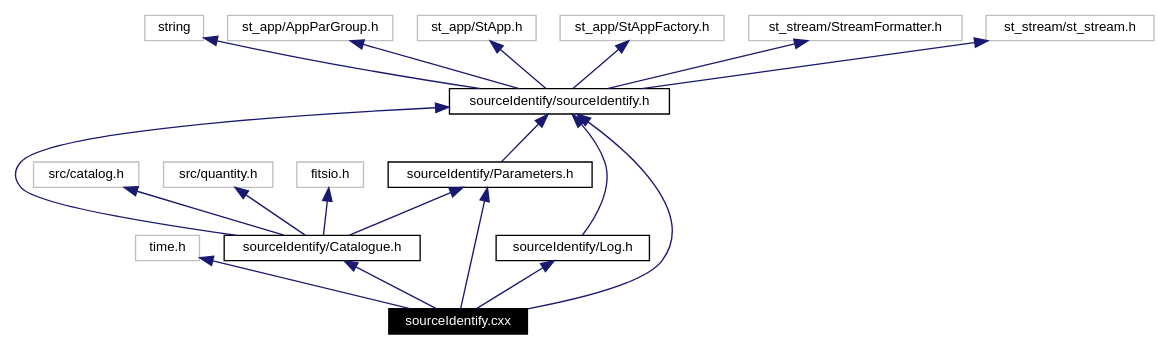
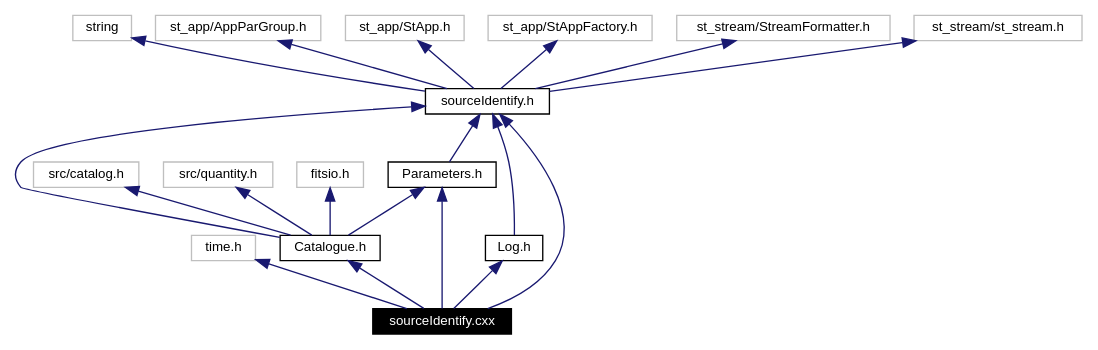
One commit to fermi-lat/sourceIdentify changed the diagram in doc/doxy-html/source_identify_8cxx__incl.dot. Above: the diagram before and after it, drawn with Graphviz. The commit also changed 51 other files, not shown here.

```diff
--- a/doc/doxy-html/source_identify_8cxx__incl.dot
+++ b/doc/doxy-html/source_identify_8cxx__incl.dot
@@ -1,36 +1,36 @@
 digraph inheritance
 {
-  Node84 [shape="box",label="sourceIdentify.cxx",fontsize=10,height=0.2,width=0.4,fontname="Helvetica",color="black",style="filled" fontcolor="white"];
-  Node85 -> Node84 [dir=back,color="midnightblue",fontsize=10,style="solid",fontname="Helvetica"];
-  Node85 [shape="box",label="time.h",fontsize=10,height=0.2,width=0.4,fontname="Helvetica",color="grey75"];
-  Node86 -> Node84 [dir=back,color="midnightblue",fontsize=10,style="solid",fontname="Helvetica"];
-  Node86 [shape="box",label="sourceIdentify/sourceIdentify.h",fontsize=10,height=0.2,width=0.4,fontname="Helvetica",color="black",URL="$source_identify_8h.html"];
+  Node86 [shape="box",label="sourceIdentify.cxx",fontsize=10,height=0.2,width=0.4,fontname="Helvetica",color="black",style="filled" fontcolor="white"];
   Node87 -> Node86 [dir=back,color="midnightblue",fontsize=10,style="solid",fontname="Helvetica"];
-  Node87 [shape="box",label="string",fontsize=10,height=0.2,width=0.4,fontname="Helvetica",color="grey75"];
+  Node87 [shape="box",label="time.h",fontsize=10,height=0.2,width=0.4,fontname="Helvetica",color="grey75"];
   Node88 -> Node86 [dir=back,color="midnightblue",fontsize=10,style="solid",fontname="Helvetica"];
-  Node88 [shape="box",label="st_app/AppParGroup.h",fontsize=10,height=0.2,width=0.4,fontname="Helvetica",color="grey75"];
-  Node89 -> Node86 [dir=back,color="midnightblue",fontsize=10,style="solid",fontname="Helvetica"];
-  Node89 [shape="box",label="st_app/StApp.h",fontsize=10,height=0.2,width=0.4,fontname="Helvetica",color="grey75"];
-  Node90 -> Node86 [dir=back,color="midnightblue",fontsize=10,style="solid",fontname="Helvetica"];
-  Node90 [shape="box",label="st_app/StAppFactory.h",fontsize=10,height=0.2,width=0.4,fontname="Helvetica",color="grey75"];
-  Node91 -> Node86 [dir=back,color="midnightblue",fontsize=10,style="solid",fontname="Helvetica"];
-  Node91 [shape="box",label="st_stream/StreamFormatter.h",fontsize=10,height=0.2,width=0.4,fontname="Helvetica",color="grey75"];
-  Node92 -> Node86 [dir=back,color="midnightblue",fontsize=10,style="solid",fontname="Helvetica"];
-  Node92 [shape="box",label="st_stream/st_stream.h",fontsize=10,height=0.2,width=0.4,fontname="Helvetica",color="grey75"];
-  Node93 -> Node84 [dir=back,color="midnightblue",fontsize=10,style="solid",fontname="Helvetica"];
-  Node93 [shape="box",label="sourceIdentify/Parameters.h",fontsize=10,height=0.2,width=0.4,fontname="Helvetica",color="black",URL="$_parameters_8h.html"];
-  Node86 -> Node93 [dir=back,color="midnightblue",fontsize=10,style="solid",fontname="Helvetica"];
-  Node94 -> Node84 [dir=back,color="midnightblue",fontsize=10,style="solid",fontname="Helvetica"];
-  Node94 [shape="box",label="sourceIdentify/Log.h",fontsize=10,height=0.2,width=0.4,fontname="Helvetica",color="black",URL="$_log_8h.html"];
-  Node86 -> Node94 [dir=back,color="midnightblue",fontsize=10,style="solid",fontname="Helvetica"];
-  Node95 -> Node84 [dir=back,color="midnightblue",fontsize=10,style="solid",fontname="Helvetica"];
-  Node95 [shape="box",label="sourceIdentify/Catalogue.h",fontsize=10,height=0.2,width=0.4,fontname="Helvetica",color="black",URL="$_catalogue_8h.html"];
-  Node86 -> Node95 [dir=back,color="midnightblue",fontsize=10,style="solid",fontname="Helvetica"];
-  Node93 -> Node95 [dir=back,color="midnightblue",fontsize=10,style="solid",fontname="Helvetica"];
-  Node96 -> Node95 [dir=back,color="midnightblue",fontsize=10,style="solid",fontname="Helvetica"];
-  Node96 [shape="box",label="src/catalog.h",fontsize=10,height=0.2,width=0.4,fontname="Helvetica",color="grey75"];
-  Node97 -> Node95 [dir=back,color="midnightblue",fontsize=10,style="solid",fontname="Helvetica"];
-  Node97 [shape="box",label="src/quantity.h",fontsize=10,height=0.2,width=0.4,fontname="Helvetica",color="grey75"];
-  Node98 -> Node95 [dir=back,color="midnightblue",fontsize=10,style="solid",fontname="Helvetica"];
-  Node98 [shape="box",label="fitsio.h",fontsize=10,height=0.2,width=0.4,fontname="Helvetica",color="grey75"];
+  Node88 [shape="box",label="sourceIdentify.h",fontsize=10,height=0.2,width=0.4,fontname="Helvetica",color="black",URL="$source_identify_8h.html"];
+  Node89 -> Node88 [dir=back,color="midnightblue",fontsize=10,style="solid",fontname="Helvetica"];
+  Node89 [shape="box",label="string",fontsize=10,height=0.2,width=0.4,fontname="Helvetica",color="grey75"];
+  Node90 -> Node88 [dir=back,color="midnightblue",fontsize=10,style="solid",fontname="Helvetica"];
+  Node90 [shape="box",label="st_app/AppParGroup.h",fontsize=10,height=0.2,width=0.4,fontname="Helvetica",color="grey75"];
+  Node91 -> Node88 [dir=back,color="midnightblue",fontsize=10,style="solid",fontname="Helvetica"];
+  Node91 [shape="box",label="st_app/StApp.h",fontsize=10,height=0.2,width=0.4,fontname="Helvetica",color="grey75"];
+  Node92 -> Node88 [dir=back,color="midnightblue",fontsize=10,style="solid",fontname="Helvetica"];
+  Node92 [shape="box",label="st_app/StAppFactory.h",fontsize=10,height=0.2,width=0.4,fontname="Helvetica",color="grey75"];
+  Node93 -> Node88 [dir=back,color="midnightblue",fontsize=10,style="solid",fontname="Helvetica"];
+  Node93 [shape="box",label="st_stream/StreamFormatter.h",fontsize=10,height=0.2,width=0.4,fontname="Helvetica",color="grey75"];
+  Node94 -> Node88 [dir=back,color="midnightblue",fontsize=10,style="solid",fontname="Helvetica"];
+  Node94 [shape="box",label="st_stream/st_stream.h",fontsize=10,height=0.2,width=0.4,fontname="Helvetica",color="grey75"];
+  Node95 -> Node86 [dir=back,color="midnightblue",fontsize=10,style="solid",fontname="Helvetica"];
+  Node95 [shape="box",label="Parameters.h",fontsize=10,height=0.2,width=0.4,fontname="Helvetica",color="black",URL="$_parameters_8h.html"];
+  Node88 -> Node95 [dir=back,color="midnightblue",fontsize=10,style="solid",fontname="Helvetica"];
+  Node96 -> Node86 [dir=back,color="midnightblue",fontsize=10,style="solid",fontname="Helvetica"];
+  Node96 [shape="box",label="Log.h",fontsize=10,height=0.2,width=0.4,fontname="Helvetica",color="black",URL="$_log_8h.html"];
+  Node88 -> Node96 [dir=back,color="midnightblue",fontsize=10,style="solid",fontname="Helvetica"];
+  Node97 -> Node86 [dir=back,color="midnightblue",fontsize=10,style="solid",fontname="Helvetica"];
+  Node97 [shape="box",label="Catalogue.h",fontsize=10,height=0.2,width=0.4,fontname="Helvetica",color="black",URL="$_catalogue_8h.html"];
+  Node88 -> Node97 [dir=back,color="midnightblue",fontsize=10,style="solid",fontname="Helvetica"];
+  Node95 -> Node97 [dir=back,color="midnightblue",fontsize=10,style="solid",fontname="Helvetica"];
+  Node98 -> Node97 [dir=back,color="midnightblue",fontsize=10,style="solid",fontname="Helvetica"];
+  Node98 [shape="box",label="src/catalog.h",fontsize=10,height=0.2,width=0.4,fontname="Helvetica",color="grey75"];
+  Node99 -> Node97 [dir=back,color="midnightblue",fontsize=10,style="solid",fontname="Helvetica"];
+  Node99 [shape="box",label="src/quantity.h",fontsize=10,height=0.2,width=0.4,fontname="Helvetica",color="grey75"];
+  Node100 -> Node97 [dir=back,color="midnightblue",fontsize=10,style="solid",fontname="Helvetica"];
+  Node100 [shape="box",label="fitsio.h",fontsize=10,height=0.2,width=0.4,fontname="Helvetica",color="grey75"];
 }
```
